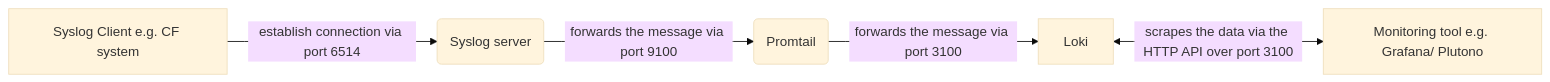
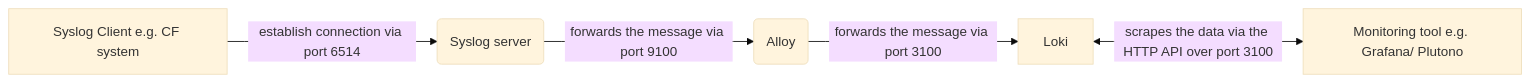
Before and after one commit to cloudfoundry-community/loki-boshrelease: the diagram in scripts/ssl/EXAMPLE-CERT-CREATION.md, drawn with Mermaid (base theme). The commit also changed other lines of this file and 44 other files, not shown here.

First line of the commit message:
Replace deprecated Promtail with Alloy

````diff
--- a/scripts/ssl/EXAMPLE-CERT-CREATION.md
+++ b/scripts/ssl/EXAMPLE-CERT-CREATION.md
@@ -55,8 +55,8 @@
 ```mermaid
 flowchart LR
 
 A[Syslog Client e.g. CF system] -->|establish connection via port 6514| B(Syslog server)
-B -->|forwards the message via port 9100| C(Promtail)
+B -->|forwards the message via port 9100| C(Alloy)
 C -->|forwards the message via port 3100| D[Loki]
 D <-->|scrapes the data via the HTTP API over port 3100| E[Monitoring tool e.g. Grafana/ Plutono]
 ```
````
